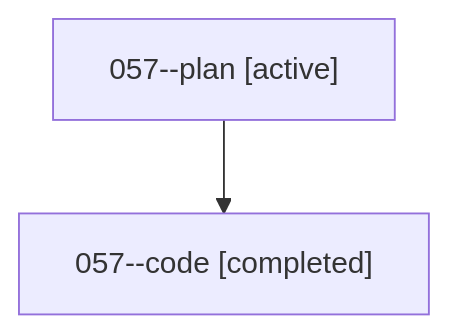
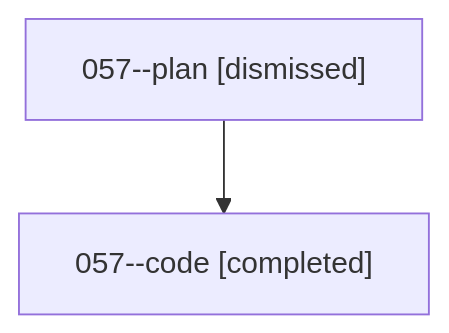
Before and after one commit to sase-org/sase--agents: the diagram in sessions/bbugyi200.athena.057.md, drawn with Mermaid. The commit also changed other lines of this file and 21 other files, not shown here.

````diff
--- a/sessions/bbugyi200.athena.057.md
+++ b/sessions/bbugyi200.athena.057.md
@@ -9,6 +9,6 @@
 ```mermaid
 flowchart TD
-  n0["057--plan [active]"]
+  n0["057--plan [dismissed]"]
   n1["057--code [completed]"]
   n0 --> n1
 ```
````
